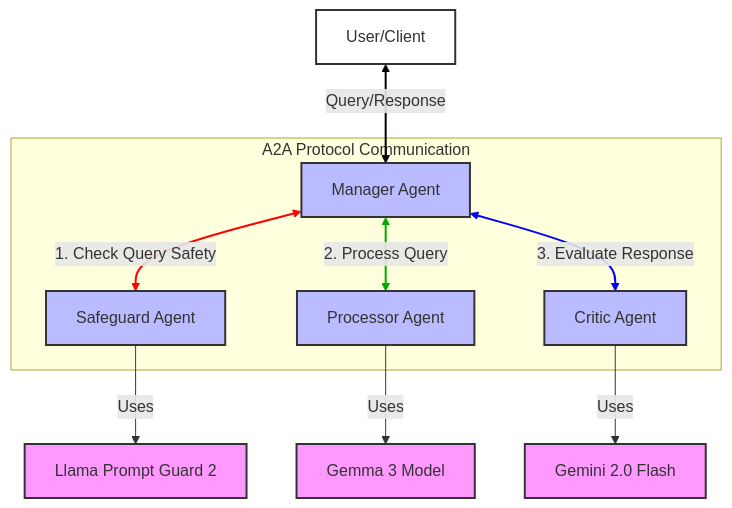
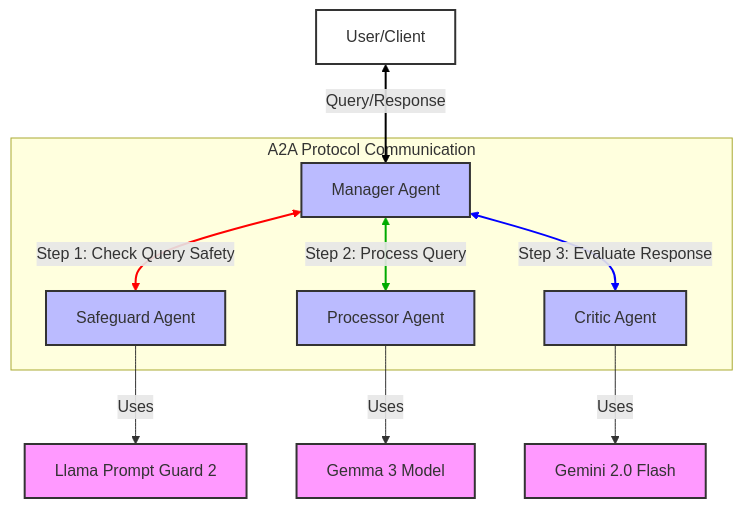
One commit to alexey-tyurin/a2a-double-validation changed the diagram in README.md. Above: the diagram before and after it, drawn with Mermaid.

Commit message:
fix for list

````diff
--- a/README.md
+++ b/README.md
@@ -8,28 +8,28 @@
 ```mermaid
 graph TD
     User[User/Client] <-->|Query/Response| Manager[Manager Agent]
     
     subgraph "A2A Protocol Communication"
-        Manager <-->|1. Check Query Safety| Safeguard[Safeguard Agent]
-        Manager <-->|2. Process Query| Processor[Processor Agent]
-        Manager <-->|3. Evaluate Response| Critic[Critic Agent]
+        Manager <-->|Step 1: Check Query Safety| Safeguard[Safeguard Agent]
+        Manager <-->|Step 2: Process Query| Processor[Processor Agent]
+        Manager <-->|Step 3: Evaluate Response| Critic[Critic Agent]
     end
     
     Safeguard -->|Uses| Guard[Llama Prompt Guard 2]
     Processor -->|Uses| Gemma[Gemma 3 Model]
     Critic -->|Uses| Gemini[Gemini 2.0 Flash]
     
     classDef models fill:#f9f,stroke:#333,stroke-width:2px
     classDef agents fill:#bbf,stroke:#333,stroke-width:2px
     classDef external fill:#fff,stroke:#333,stroke-width:2px
     
     class Guard,Gemma,Gemini models
     class Manager,Safeguard,Processor,Critic agents
     class User external
     
     %% Flow description
     linkStyle 0 stroke:#000,stroke-width:2px
     linkStyle 1 stroke:#f00,stroke-width:2px
     linkStyle 2 stroke:#0a0,stroke-width:2px
     linkStyle 3 stroke:#00f,stroke-width:2px
 ```
````
